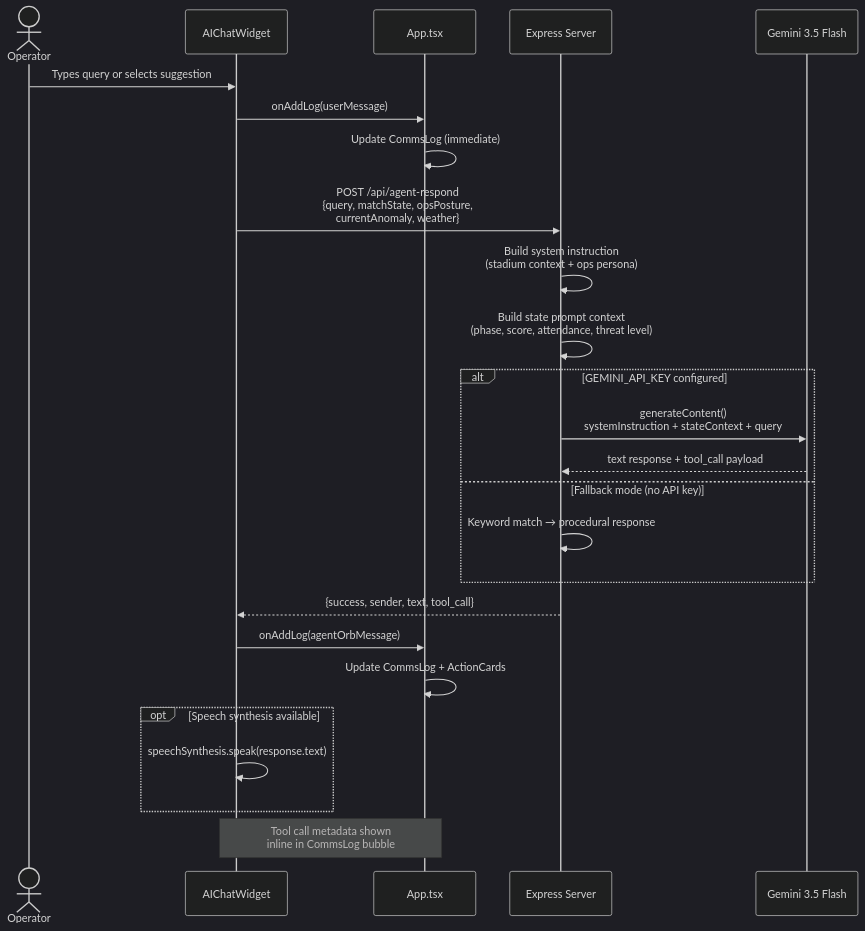
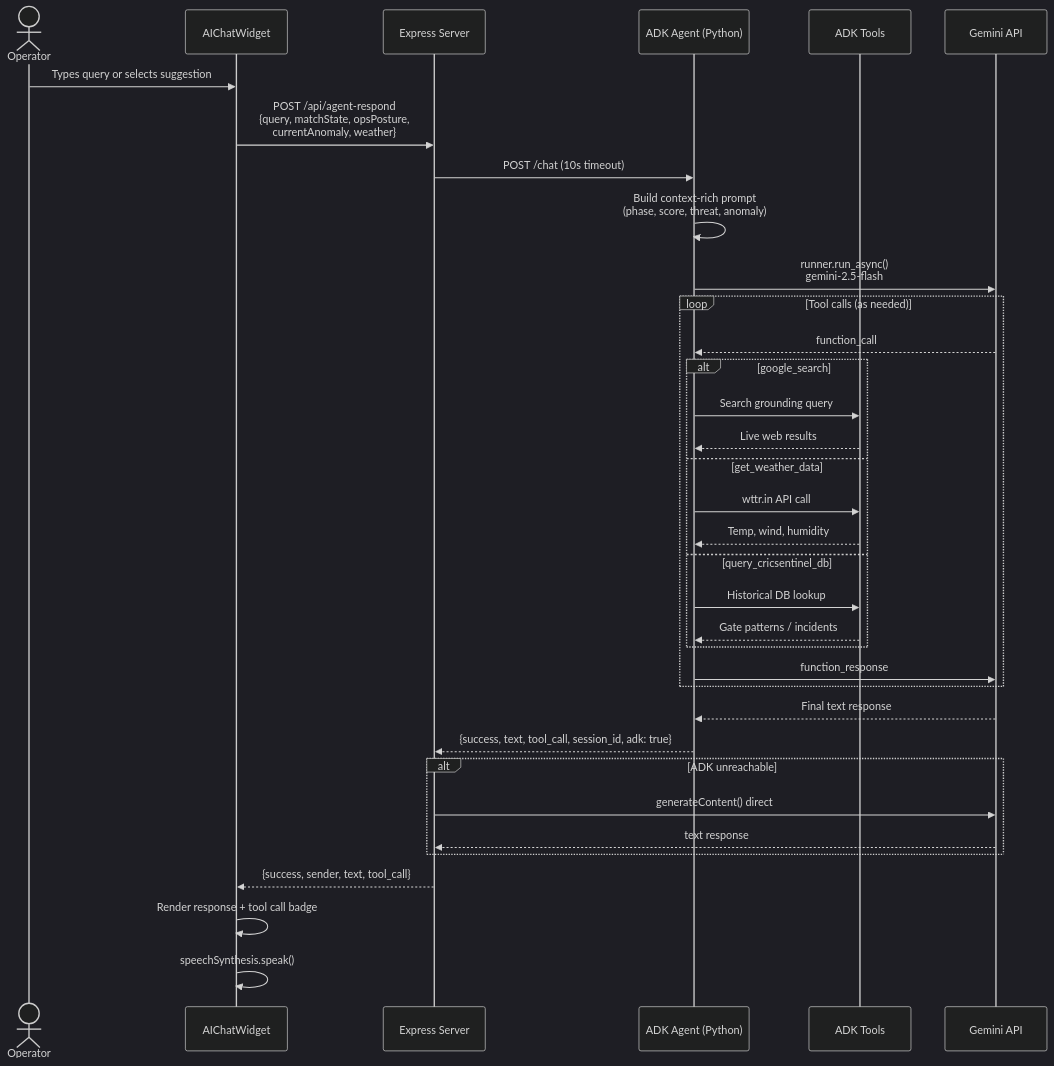
Before and after one commit to gauravlahoti/cricsentinel: the second of 2 diagrams in README.md, drawn with Mermaid (dark theme). The commit also changed other lines of this file and 38 other files, not shown here.

First line of the commit message:
feat: add Google ADK Python agent with live tools + fix chat widget transparency

````diff
--- a/README.md
+++ b/README.md
@@ -103,34 +193,44 @@
 ```mermaid
 sequenceDiagram
     actor Operator
     participant Chat as AIChatWidget
-    participant App as App.tsx
     participant Server as Express Server
-    participant Gemini as Gemini 3.5 Flash
+    participant ADK as ADK Agent (Python)
+    participant Tools as ADK Tools
+    participant Gemini as Gemini API
 
     Operator->>Chat: Types query or selects suggestion
-    Chat->>App: onAddLog(userMessage)
-    App->>App: Update CommsLog (immediate)
-
     Chat->>Server: POST /api/agent-respond<br/>{query, matchState, opsPosture,<br/>currentAnomaly, weather}
 
-    Server->>Server: Build system instruction<br/>(stadium context + ops persona)
-    Server->>Server: Build state prompt context<br/>(phase, score, attendance, threat level)
+    Server->>ADK: POST /chat (10s timeout)
 
-    alt GEMINI_API_KEY configured
-        Server->>Gemini: generateContent()<br/>systemInstruction + stateContext + query
-        Gemini-->>Server: text response + tool_call payload
-    else Fallback mode (no API key)
-        Server->>Server: Keyword match → procedural response
+    ADK->>ADK: Build context-rich prompt<br/>(phase, score, threat, anomaly)
+    ADK->>Gemini: runner.run_async()<br/>gemini-2.5-flash
+
+    loop Tool calls (as needed)
+        Gemini-->>ADK: function_call
+        alt google_search
+            ADK->>Tools: Search grounding query
+            Tools-->>ADK: Live web results
+        else get_weather_data
+            ADK->>Tools: wttr.in API call
+            Tools-->>ADK: Temp, wind, humidity
+        else query_cricsentinel_db
+            ADK->>Tools: Historical DB lookup
+            Tools-->>ADK: Gate patterns / incidents
+        end
+        ADK->>Gemini: function_response
+    end
+
+    Gemini-->>ADK: Final text response
+    ADK-->>Server: {success, text, tool_call, session_id, adk: true}
+
+    alt ADK unreachable
+        Server->>Gemini: generateContent() direct
+        Gemini-->>Server: text response
     end
 
     Server-->>Chat: {success, sender, text, tool_call}
-    Chat->>App: onAddLog(agentOrbMessage)
-    App->>App: Update CommsLog + ActionCards
-
-    opt Speech synthesis available
-        Chat->>Chat: speechSynthesis.speak(response.text)
-    end
-
-    Note over Chat,App: Tool call metadata shown<br/>inline in CommsLog bubble
+    Chat->>Chat: Render response + tool call badge
+    Chat->>Chat: speechSynthesis.speak()
 ```
````
